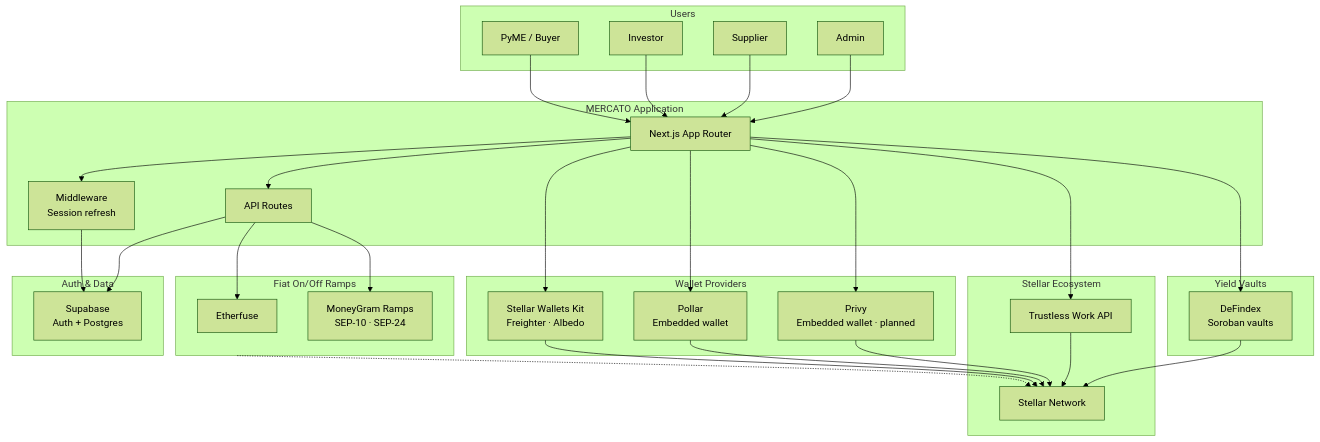
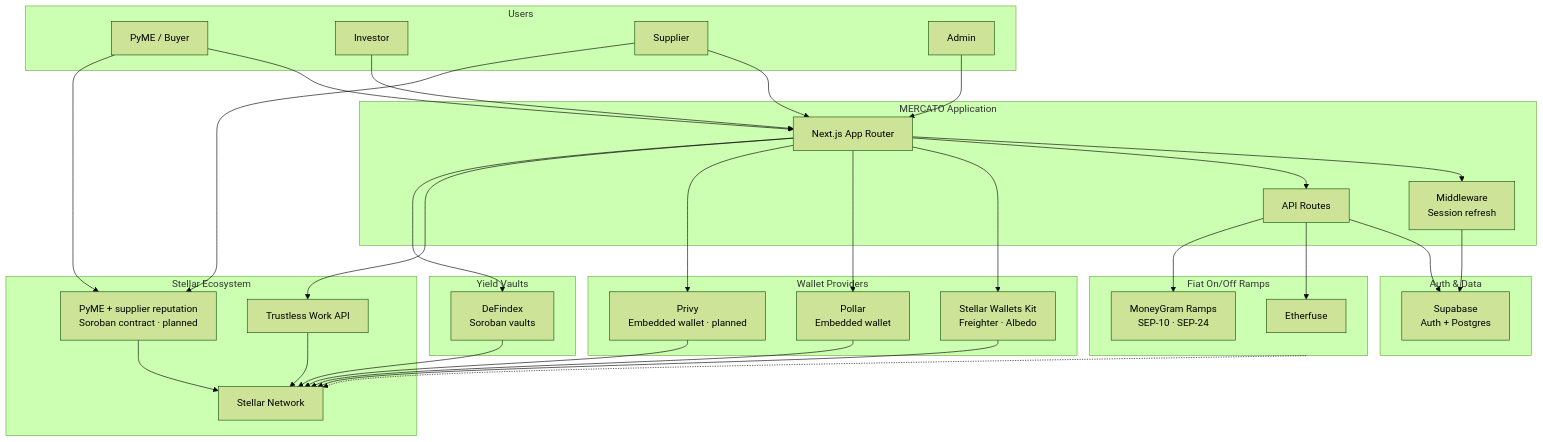
Before and after one commit to mercato-supply-chain/mercato-dapp: the first of 17 diagrams in doc/architecture.md, drawn with Mermaid (forest theme). The commit also changed other lines of this file, not shown here.

Commit message:
Document dual-investor funding and reputation-gated vault plans

````diff
--- a/doc/architecture.md
+++ b/doc/architecture.md
@@ -15,60 +15,64 @@
 ```mermaid
 flowchart TB
   subgraph Users["Users"]
     PyME[PyME / Buyer]
     Investor[Investor]
     Supplier[Supplier]
     Admin[Admin]
   end
 
   subgraph App["MERCATO Application"]
     Next[Next.js App Router]
     API[API Routes]
     Middleware[Middleware\nSession refresh]
   end
 
   subgraph AuthAndData["Auth & Data"]
     Supabase[Supabase\nAuth + Postgres]
   end
 
   subgraph Stellar["Stellar Ecosystem"]
     Trustless[Trustless Work API]
     StellarNet[Stellar Network]
+    ReputationContract[PyME + supplier reputation\nSoroban contract · planned]
   end
 
   subgraph Ramps["Fiat On/Off Ramps"]
     Etherfuse[Etherfuse]
     MoneyGram[MoneyGram Ramps\nSEP-10 · SEP-24]
   end
 
   subgraph WalletProviders["Wallet Providers"]
     SWK[Stellar Wallets Kit\nFreighter · Albedo]
     Pollar[Pollar\nEmbedded wallet]
     Privy[Privy\nEmbedded wallet · planned]
   end
 
   subgraph Yield["Yield Vaults"]
     DeFindex[DeFindex\nSoroban vaults]
   end
 
   PyME --> Next
+  PyME --> ReputationContract
   Investor --> Next
   Supplier --> Next
+  Supplier --> ReputationContract
   Admin --> Next
   Next --> Middleware --> Supabase
   Next --> API
   API --> Supabase
   Next --> SWK
   Next --> Pollar
   Next --> Privy
   Next --> Trustless
   Next --> DeFindex
   DeFindex --> StellarNet
   API --> Etherfuse
   API --> MoneyGram
   Trustless --> StellarNet
+  ReputationContract --> StellarNet
   SWK --> StellarNet
   Pollar --> StellarNet
   Privy --> StellarNet
   Ramps -.-> StellarNet
 ```
````
